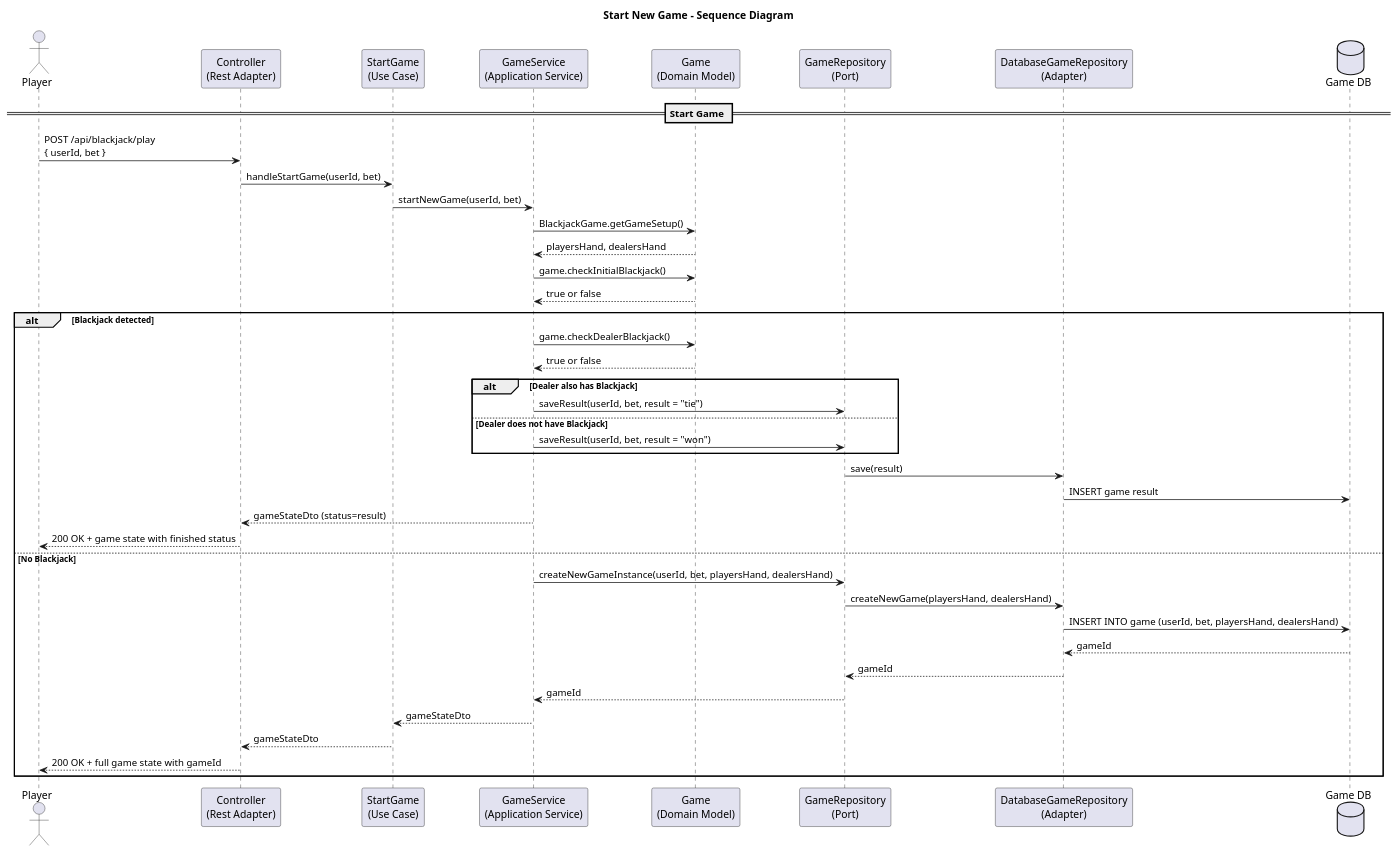
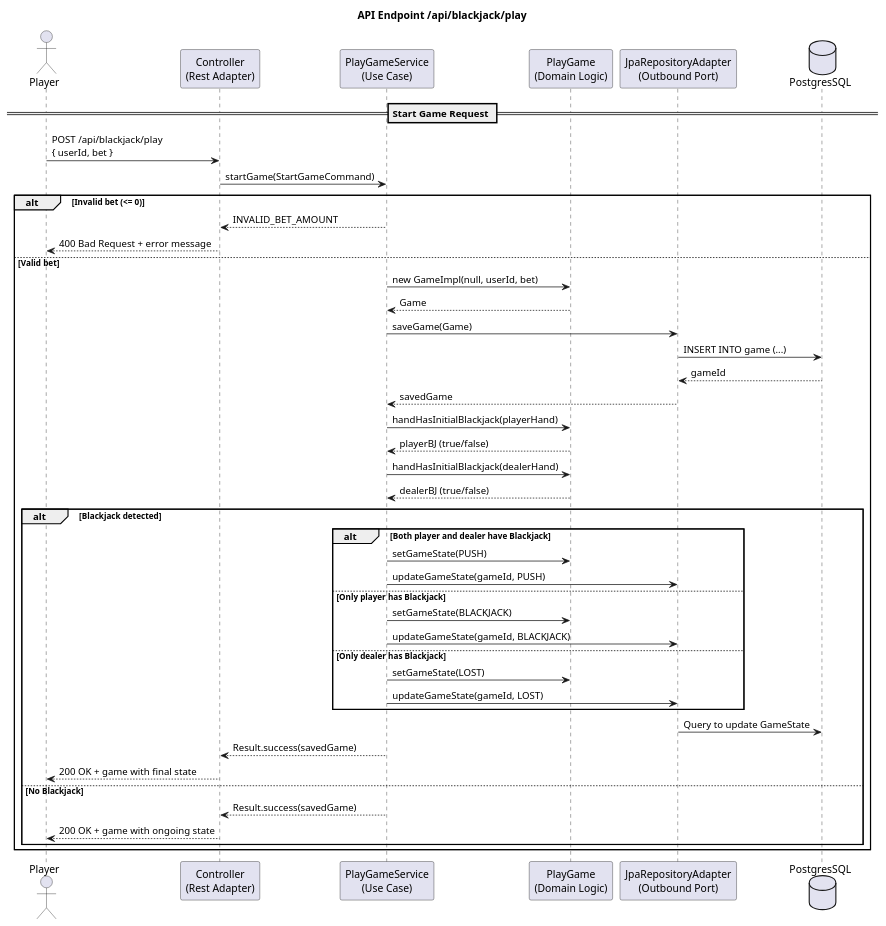
The diagram in docs/uml/sequence_diagram_play_start_game.puml (voelkerh/Blackjack), drawn with PlantUML before and after one commit.

Commit message:
Update sequence diagrams for play
* start game endpoint

```diff
--- a/docs/uml/sequence_diagram_play_start_game.puml
+++ b/docs/uml/sequence_diagram_play_start_game.puml
@@ -1,53 +1,60 @@
 @startuml
-title Start New Game – Sequence Diagram
+title API Endpoint /api/blackjack/play
 
 actor Player
 
 participant "Controller\n(Rest Adapter)" as Controller
-participant "StartGame\n(Use Case)" as UseCase
-participant "GameService\n(Application Service)" as Service
-participant "Game\n(Domain Model)" as Domain
-participant "GameRepository\n(Port)" as RepoPort
-participant "DatabaseGameRepository\n(Adapter)" as RepoAdapter
-database "Game DB" as DB
+participant "PlayGameService\n(Use Case)" as Service
+participant "PlayGame\n(Domain Logic)" as Domain
+participant "JpaRepositoryAdapter\n(Outbound Port)" as Adapter
+database PostgresSQL as DB
 
-== Start Game ==
+== Start Game Request ==
 
 Player -> Controller : POST /api/blackjack/play\n{ userId, bet }
+Controller -> Service : startGame(StartGameCommand)
 
-Controller -> UseCase : handleStartGame(userId, bet)
-UseCase -> Service : startNewGame(userId, bet)
+alt Invalid bet (<= 0)
+    Service --> Controller : INVALID_BET_AMOUNT
+    Controller --> Player : 400 Bad Request + error message
 
-Service -> Domain : BlackjackGame.getGameSetup()
-Domain --> Service : playersHand, dealersHand
+else Valid bet
 
-Service -> Domain : game.checkInitialBlackjack()
-Domain --> Service : true or false
+    Service -> Domain : new GameImpl(null, userId, bet)
+    Domain --> Service : Game
 
-alt Blackjack detected
-    Service -> Domain : game.checkDealerBlackjack()
-    Domain --> Service : true or false
+    Service -> Adapter : saveGame(Game)
+    Adapter -> DB : INSERT INTO game (...)
+    DB --> Adapter : gameId
+    Adapter --> Service : savedGame
 
-    alt Dealer also has Blackjack
-        Service -> RepoPort : saveResult(userId, bet, result = "tie")
-    else Dealer does not have Blackjack
-        Service -> RepoPort : saveResult(userId, bet, result = "won")
+    Service -> Domain : handHasInitialBlackjack(playerHand)
+    Domain --> Service : playerBJ (true/false)
+    Service -> Domain : handHasInitialBlackjack(dealerHand)
+    Domain --> Service : dealerBJ (true/false)
+
+    alt Blackjack detected
+        alt Both player and dealer have Blackjack
+            Service -> Domain : setGameState(PUSH)
+            Service -> Adapter : updateGameState(gameId, PUSH)
+
+        else Only player has Blackjack
+            Service -> Domain : setGameState(BLACKJACK)
+            Service -> Adapter : updateGameState(gameId, BLACKJACK)
+
+        else Only dealer has Blackjack
+            Service -> Domain : setGameState(LOST)
+            Service -> Adapter : updateGameState(gameId, LOST)
+        end
+
+        Adapter -> DB : Query to update GameState
+        Service --> Controller : Result.success(savedGame)
+        Controller --> Player : 200 OK + game with final state
+
+    else No Blackjack
+        Service --> Controller : Result.success(savedGame)
+        Controller --> Player : 200 OK + game with ongoing state
     end
-    RepoPort -> RepoAdapter : save(result)
-    RepoAdapter -> DB : INSERT game result
-    Service --> Controller : gameStateDto (status=result)
-    Controller --> Player : 200 OK + game state with finished status
 
-else No Blackjack
-Service -> RepoPort : createNewGameInstance(userId, bet, playersHand, dealersHand)
-RepoPort -> RepoAdapter : createNewGame(playersHand, dealersHand)
-RepoAdapter -> DB : INSERT INTO game (userId, bet, playersHand, dealersHand)
-DB --> RepoAdapter : gameId
-RepoAdapter --> RepoPort : gameId
-RepoPort --> Service : gameId
-
-Service --> UseCase : gameStateDto
-UseCase --> Controller : gameStateDto
-Controller --> Player : 200 OK + full game state with gameId
 end
 @enduml
```
